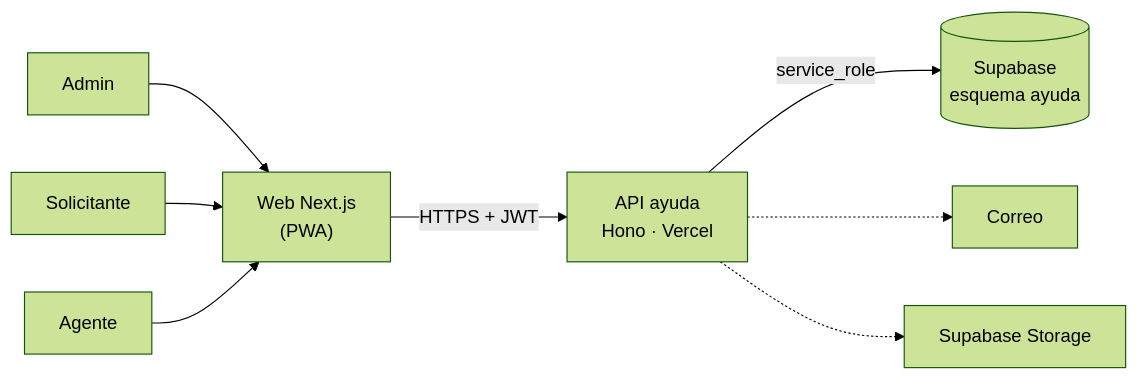
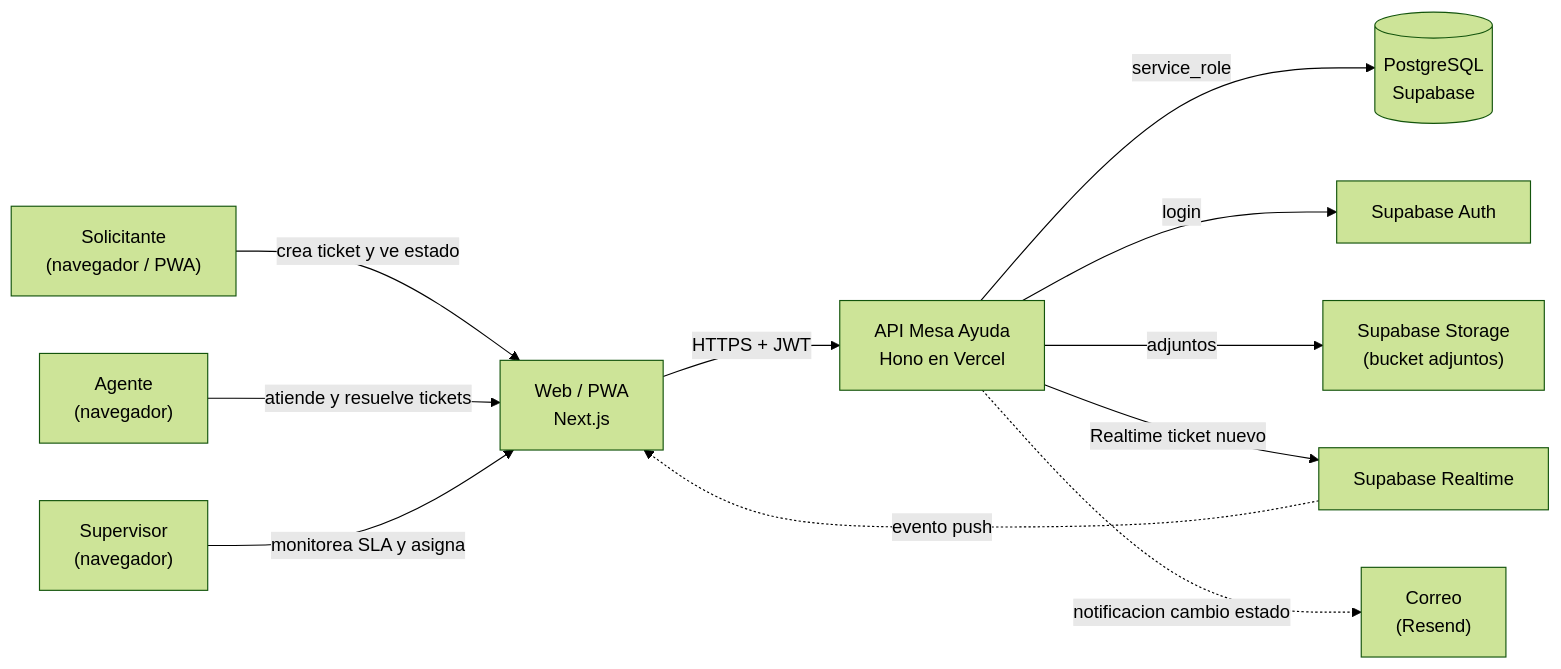
One commit to brayanChapo/novatech-microapps changed the first of 4 diagrams in 12-mesa-ayuda/docs/02-arquitectura.md. Above: the diagram before and after it, drawn with Mermaid (forest theme). The commit also changed other lines of this file and 28 other files, not shown here.

````diff
--- a/12-mesa-ayuda/docs/02-arquitectura.md
+++ b/12-mesa-ayuda/docs/02-arquitectura.md
@@ -5,11 +7,13 @@
 ```mermaid
 flowchart LR
-    U0["Admin"] --> WEB
-    U1["Solicitante"] --> WEB
-    U2["Agente"] --> WEB
-    WEB["Web Next.js<br/>(PWA)"] -->|HTTPS + JWT| API["API ayuda<br/>Hono · Vercel"]
-    
-    API -->|service_role| DB[("Supabase<br/>esquema ayuda")]
-    API -.-> I0["Correo"]
-    API -.-> I1["Supabase Storage"]
+    SOL["Solicitante\n(navegador / PWA)"] -->|crea ticket y ve estado| WEB["Web / PWA\nNext.js"]
+    AGE["Agente\n(navegador)"] -->|atiende y resuelve tickets| WEB
+    SUP["Supervisor\n(navegador)"] -->|monitorea SLA y asigna| WEB
+    WEB -->|HTTPS + JWT| API["API Mesa Ayuda\nHono en Vercel"]
+    API -->|service_role| DB[("PostgreSQL\nSupabase")]
+    API -->|login| AUTH["Supabase Auth"]
+    API -->|adjuntos| STO["Supabase Storage\n(bucket adjuntos)"]
+    API -->|Realtime ticket nuevo| RT["Supabase Realtime"]
+    RT -.->|evento push| WEB
+    API -.->|notificacion cambio estado| MAIL["Correo\n(Resend)"]
 ```
````
